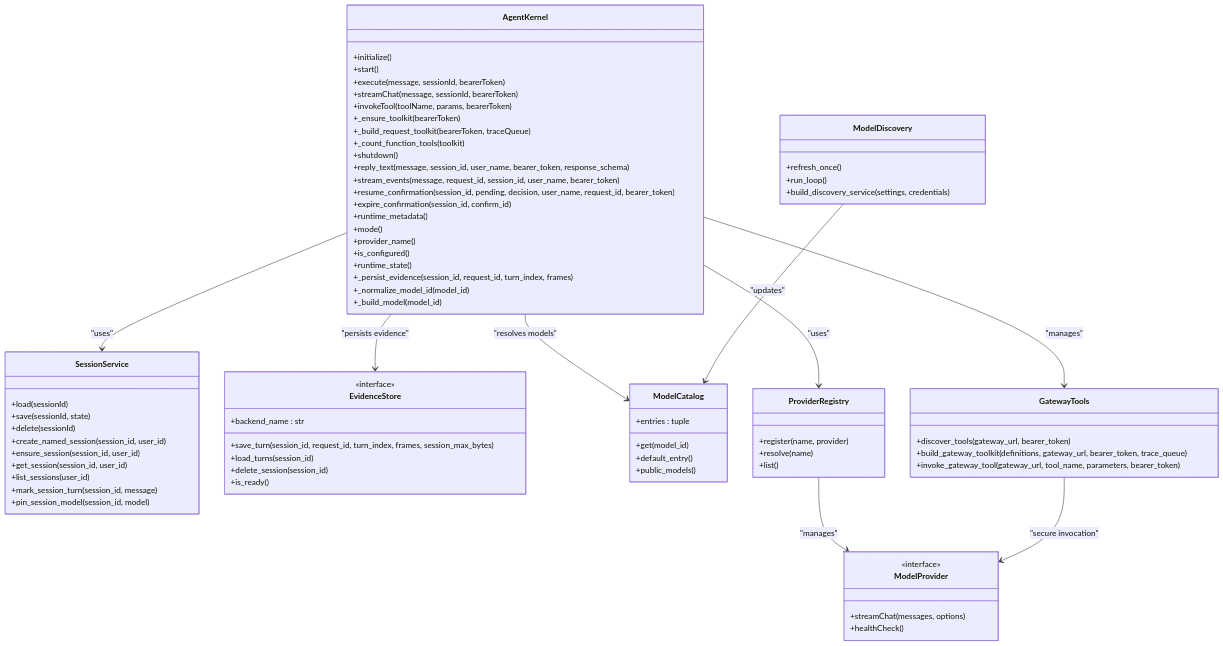
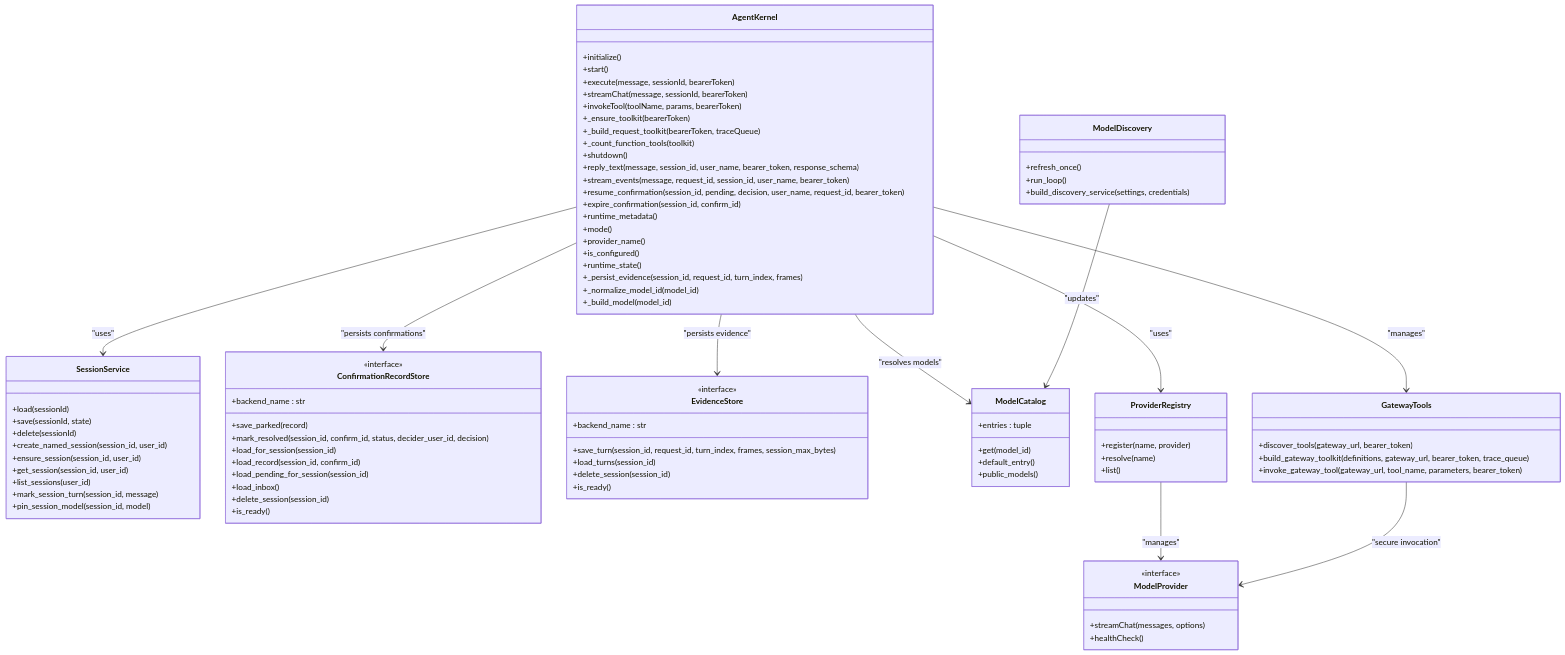
Before and after one commit to metasync/luban-aiops: the third of 32 diagrams in .qoder/repowiki/en/content/Agent Platform Service/Agent Platform Service.md, drawn with Mermaid. The commit also changed other lines of this file and 6 other files, not shown here.

```diff
--- a/.qoder/repowiki/en/content/Agent Platform Service/Agent Platform Service.md
+++ b/.qoder/repowiki/en/content/Agent Platform Service/Agent Platform Service.md
@@ -407,6 +430,18 @@
 +mark_session_turn(session_id, message)
 +pin_session_model(session_id, model)
 }
+class ConfirmationRecordStore {
+<<interface>>
++backend_name : str
++save_parked(record)
++mark_resolved(session_id, confirm_id, status, decider_user_id, decision)
++load_for_session(session_id)
++load_record(session_id, confirm_id)
++load_pending_for_session(session_id)
++load_inbox()
++delete_session(session_id)
++is_ready()
+}
 class EvidenceStore {
 <<interface>>
 +backend_name : str
@@ -442,6 +477,7 @@
 +invoke_gateway_tool(gateway_url, tool_name, parameters, bearer_token)
 }
 AgentKernel --> SessionService : "uses"
+AgentKernel --> ConfirmationRecordStore : "persists confirmations"
 AgentKernel --> EvidenceStore : "persists evidence"
 AgentKernel --> ModelCatalog : "resolves models"
 AgentKernel --> ProviderRegistry : "uses"
```
